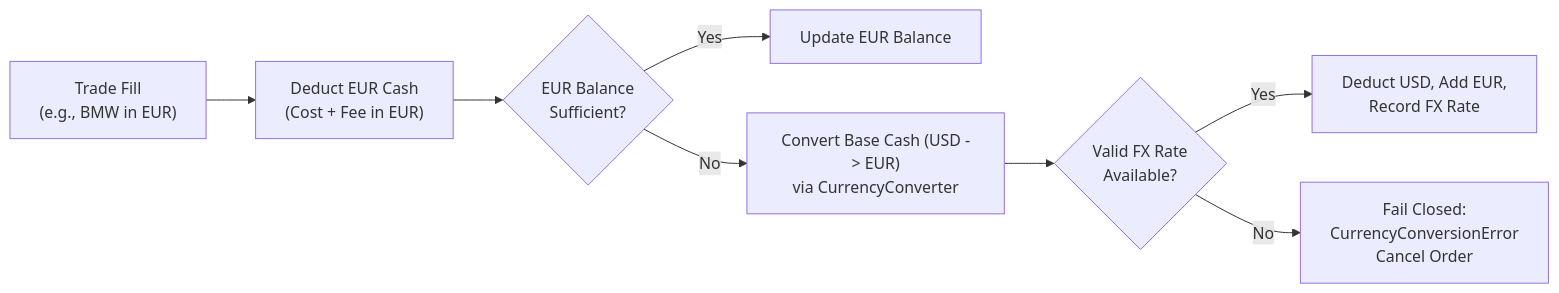
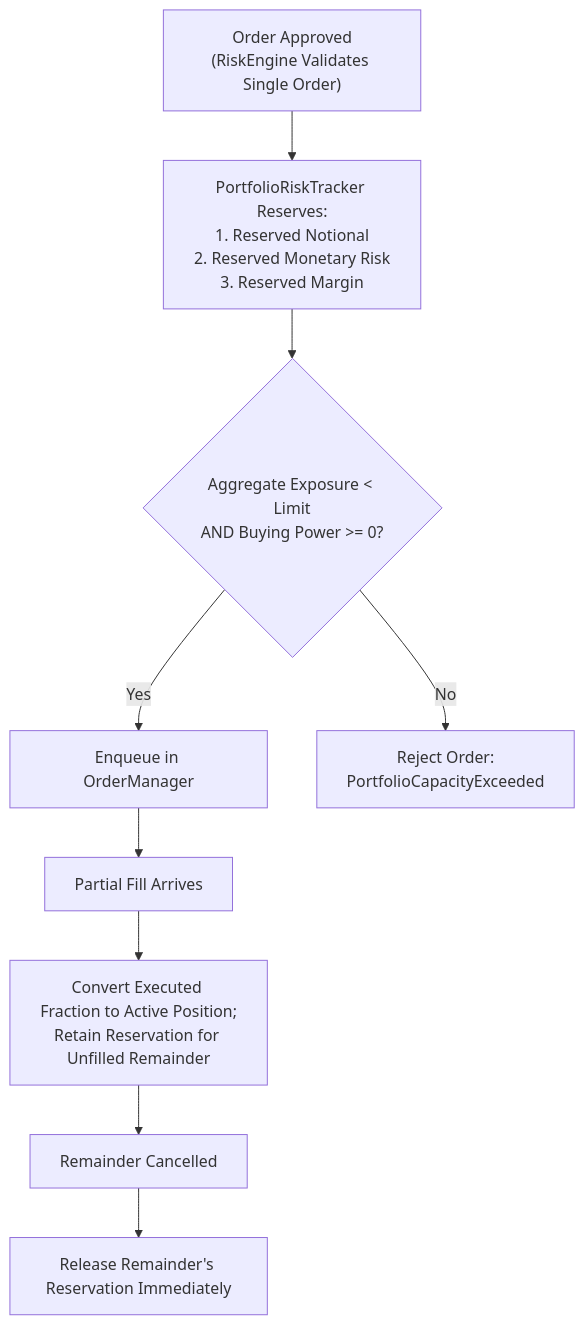
The third of 4 diagrams in docs/BACKTEST_ENGINE_ARCHITECTURE.md (Yokaham/hybrid-ai-trading-agent), drawn with Mermaid before and after one commit. The commit also changed other lines of this file, not shown here.

Commit message:
docs(milestone-3b): revise backtesting architecture with authoritative event-time and accounting specifications

````diff
--- a/docs/BACKTEST_ENGINE_ARCHITECTURE.md
+++ b/docs/BACKTEST_ENGINE_ARCHITECTURE.md
@@ -222,10 +352,11 @@
 ```mermaid
-flowchart LR
-    Fill["Trade Fill\n(e.g., BMW in EUR)"] --> DeductEUR["Deduct EUR Cash\n(Cost + Fee in EUR)"]
-    DeductEUR --> CheckBal{"EUR Balance\nSufficient?"}
-    CheckBal -- Yes --> Done["Update EUR Balance"]
-    CheckBal -- No --> AutoFX["Convert Base Cash (USD -> EUR)\nvia CurrencyConverter"]
-    AutoFX --> RateCheck{"Valid FX Rate\nAvailable?"}
-    RateCheck -- Yes --> Transact["Deduct USD, Add EUR,\nRecord FX Rate"]
-    RateCheck -- No --> FailClosed["Fail Closed:\nCurrencyConversionError\nCancel Order"]
+flowchart TD
+    Submit["Order Approved\n(RiskEngine Validates Single Order)"] --> Reserve["PortfolioRiskTracker Reserves:\n1. Reserved Notional\n2. Reserved Monetary Risk\n3. Reserved Margin"]
+    Reserve --> CheckLimit{"Aggregate Exposure < Limit\nAND Buying Power >= 0?"}
+    CheckLimit -- Yes --> Enqueue["Enqueue in OrderManager"]
+    CheckLimit -- No --> Reject["Reject Order:\nPortfolioCapacityExceeded"]
+    Enqueue --> FillPartial["Partial Fill Arrives"]
+    FillPartial --> Transfer["Convert Executed Fraction to Active Position;\nRetain Reservation for Unfilled Remainder"]
+    Transfer --> Cancel["Remainder Cancelled"]
+    Cancel --> Release["Release Remainder's Reservation Immediately"]
 ```
````
